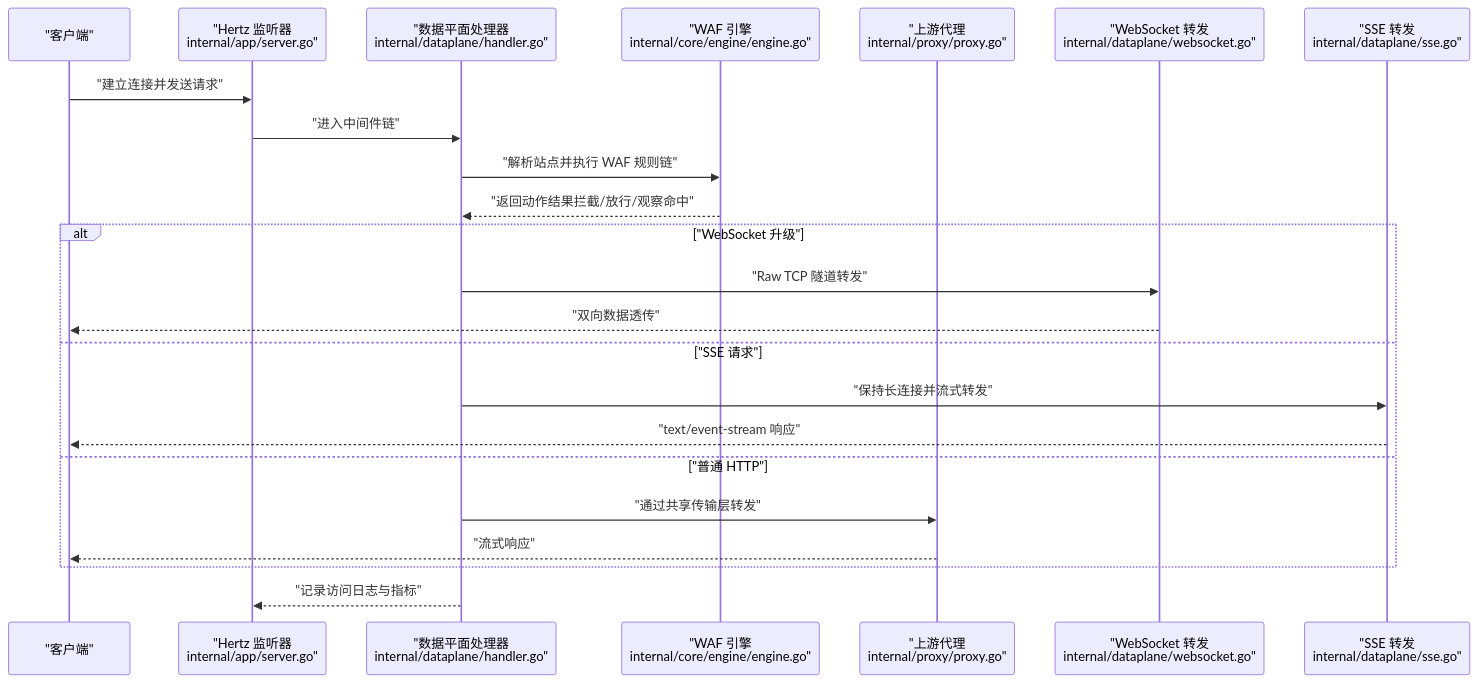
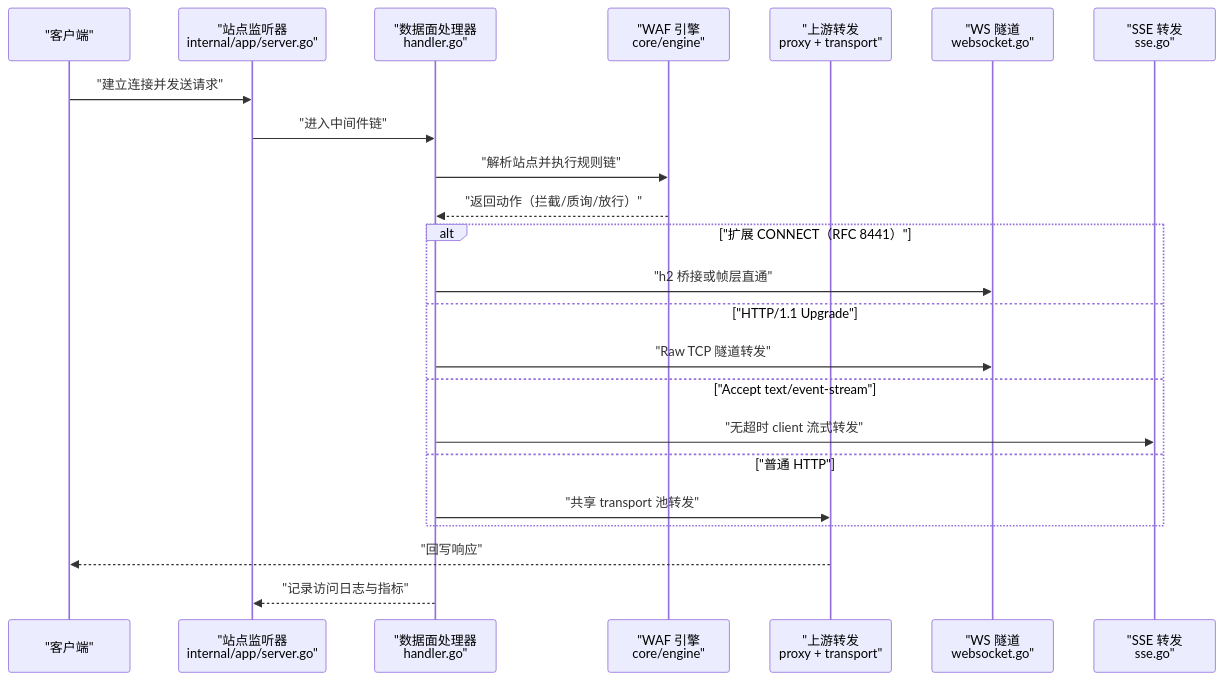
One commit to x01n/My-OpenWaf changed the third of 12 diagrams in docs/数据平面处理/数据平面处理.md. Above: the diagram before and after it, drawn with Mermaid. The commit also changed other lines of this file and 622 other files, not shown here.

````diff
--- a/docs/数据平面处理/数据平面处理.md
+++ b/docs/数据平面处理/数据平面处理.md
@@ -131,25 +205,25 @@
 ```mermaid
 sequenceDiagram
 participant Client as "客户端"
-participant Hertz as "Hertz 监听器<br/>internal/app/server.go"
-participant DP as "数据平面处理器<br/>internal/dataplane/handler.go"
-participant Eng as "WAF 引擎<br/>internal/core/engine/engine.go"
-participant Up as "上游代理<br/>internal/proxy/proxy.go"
-participant WS as "WebSocket 转发<br/>internal/dataplane/websocket.go"
-participant SSE as "SSE 转发<br/>internal/dataplane/sse.go"
+participant Hertz as "站点监听器<br/>internal/app/server.go"
+participant DP as "数据面处理器<br/>handler.go"
+participant Eng as "WAF 引擎<br/>core/engine"
+participant Up as "上游转发<br/>proxy + transport"
+participant WS as "WS 隧道<br/>websocket.go"
+participant SSE as "SSE 转发<br/>sse.go"
 Client->>Hertz : "建立连接并发送请求"
 Hertz->>DP : "进入中间件链"
-DP->>Eng : "解析站点并执行 WAF 规则链"
-Eng-->>DP : "返回动作结果拦截/放行/观察命中"
-alt "WebSocket 升级"
+DP->>Eng : "解析站点并执行规则链"
+Eng-->>DP : "返回动作（拦截/质询/放行）"
+alt "扩展 CONNECT（RFC 8441）"
+DP->>WS : "h2 桥接或帧层直通"
+else "HTTP/1.1 Upgrade"
 DP->>WS : "Raw TCP 隧道转发"
-WS-->>Client : "双向数据透传"
-else "SSE 请求"
-DP->>SSE : "保持长连接并流式转发"
-SSE-->>Client : "text/event-stream 响应"
+else "Accept text/event-stream"
+DP->>SSE : "无超时 client 流式转发"
 else "普通 HTTP"
-DP->>Up : "通过共享传输层转发"
-Up-->>Client : "流式响应"
+DP->>Up : "共享 transport 池转发"
 end
+Up-->>Client : "回写响应"
 DP-->>Hertz : "记录访问日志与指标"
 ```
````
